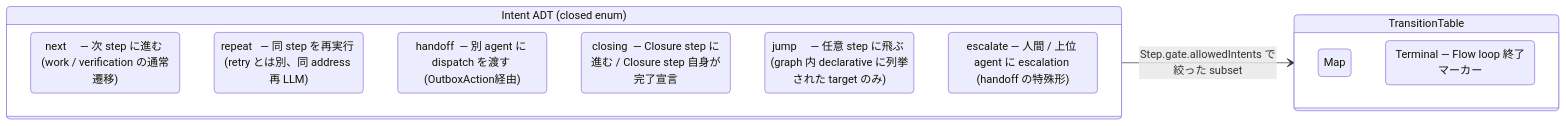
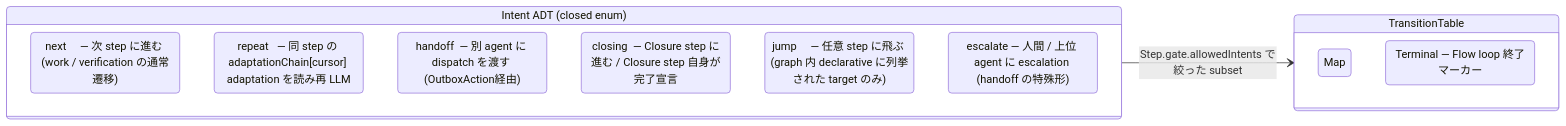
Before and after one commit to tettuan/climpt: the fourth of 6 diagrams in agents/docs/design/realistic/14-step-registry.md, drawn with Mermaid. The commit also changed other lines of this file and 23 other files, not shown here.

````diff
--- a/agents/docs/design/realistic/14-step-registry.md
+++ b/agents/docs/design/realistic/14-step-registry.md
@@ -202,20 +202,20 @@
 ```mermaid
 stateDiagram-v2
     direction LR
 
     state "Intent ADT (closed enum)" as I {
         I_n : next     — 次 step に進む (work / verification の通常遷移)
-        I_r : repeat   — 同 step を再実行 (retry とは別、同 address 再 LLM)
+        I_r : repeat   — 同 step の adaptationChain[cursor] adaptation を読み再 LLM
         I_h : handoff  — 別 agent に dispatch を渡す (OutboxAction経由)
         I_c : closing  — Closure step に進む / Closure step 自身が完了宣言
         I_j : jump     — 任意 step に飛ぶ (graph 内 declarative に列挙された target のみ)
         I_e : escalate — 人間 / 上位 agent に escalation (handoff の特殊形)
     }
 
     state "TransitionTable" as TT {
         TT_map : Map<Intent, StepId | Terminal>
         TT_terminal : Terminal — Flow loop 終了マーカー
     }
 
     I --> TT : Step.gate.allowedIntents で絞った subset
 ```
````
